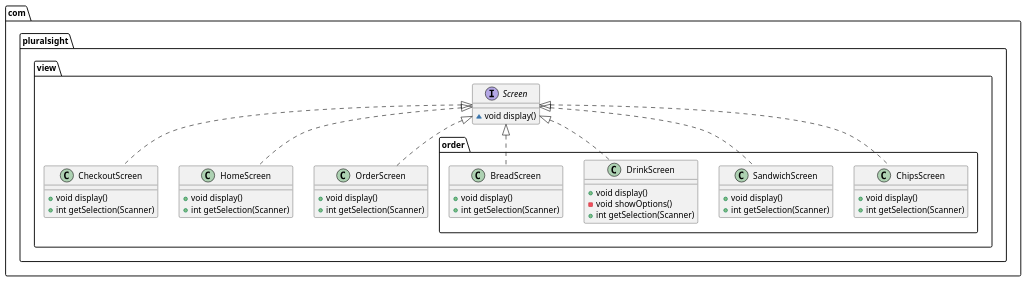
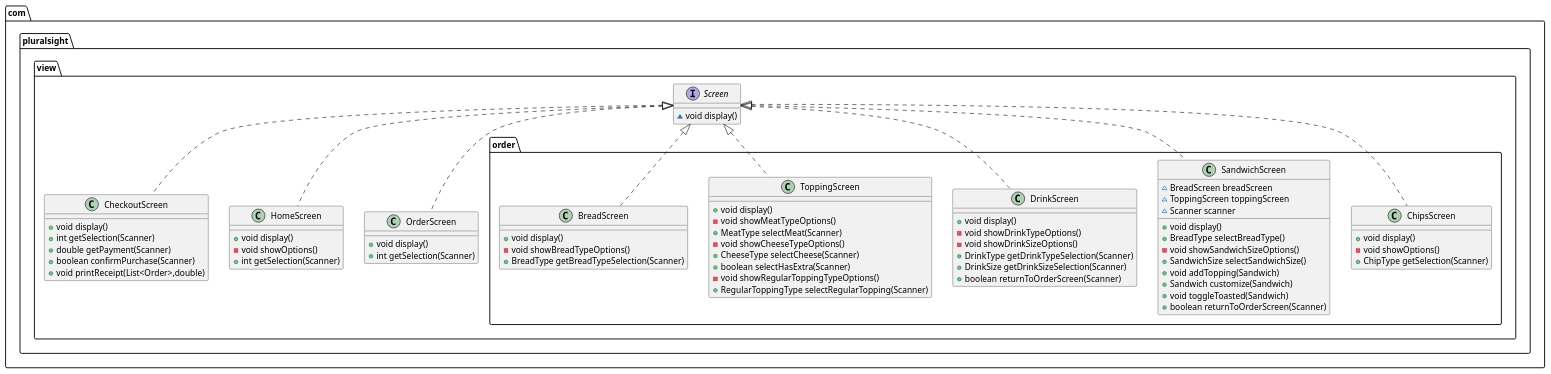
Before and after one commit to poteatc/Deli-cious: the diagram in view-diagram.puml, drawn with PlantUML. The commit also changed 33 other files, not shown here.

```diff
--- a/view-diagram.puml
+++ b/view-diagram.puml
@@ -1,51 +1,82 @@
 @startuml
 class com.pluralsight.view.order.ChipsScreen {
 + void display()
-+ int getSelection(Scanner)
+- void showOptions()
++ ChipType getSelection(Scanner)
 }
 
 class com.pluralsight.view.CheckoutScreen {
 + void display()
 + int getSelection(Scanner)
++ double getPayment(Scanner)
++ boolean confirmPurchase(Scanner)
++ void printReceipt(List<Order>,double)
 }
 
 interface com.pluralsight.view.Screen {
 ~ void display()
 }
 
 class com.pluralsight.view.order.SandwichScreen {
+~ BreadScreen breadScreen
+~ ToppingScreen toppingScreen
+~ Scanner scanner
 + void display()
-+ int getSelection(Scanner)
++ BreadType selectBreadType()
+- void showSandwichSizeOptions()
++ SandwichSize selectSandwichSize()
++ void addTopping(Sandwich)
++ Sandwich customize(Sandwich)
++ void toggleToasted(Sandwich)
++ boolean returnToOrderScreen(Scanner)
 }
+
 
 class com.pluralsight.view.HomeScreen {
 + void display()
+- void showOptions()
 + int getSelection(Scanner)
 }
 
 class com.pluralsight.view.order.DrinkScreen {
 + void display()
-- void showOptions()
-+ int getSelection(Scanner)
+- void showDrinkTypeOptions()
+- void showDrinkSizeOptions()
++ DrinkType getDrinkTypeSelection(Scanner)
++ DrinkSize getDrinkSizeSelection(Scanner)
++ boolean returnToOrderScreen(Scanner)
+}
+
+class com.pluralsight.view.order.ToppingScreen {
++ void display()
+- void showMeatTypeOptions()
++ MeatType selectMeat(Scanner)
+- void showCheeseTypeOptions()
++ CheeseType selectCheese(Scanner)
++ boolean selectHasExtra(Scanner)
+- void showRegularToppingTypeOptions()
++ RegularToppingType selectRegularTopping(Scanner)
 }
 
 class com.pluralsight.view.order.BreadScreen {
 + void display()
-+ int getSelection(Scanner)
+- void showBreadTypeOptions()
++ BreadType getBreadTypeSelection(Scanner)
 }
 
 class com.pluralsight.view.OrderScreen {
 + void display()
 + int getSelection(Scanner)
 }
 
 
 
 com.pluralsight.view.Screen <|.. com.pluralsight.view.order.ChipsScreen
 com.pluralsight.view.Screen <|.. com.pluralsight.view.CheckoutScreen
 com.pluralsight.view.Screen <|.. com.pluralsight.view.order.SandwichScreen
 com.pluralsight.view.Screen <|.. com.pluralsight.view.HomeScreen
 com.pluralsight.view.Screen <|.. com.pluralsight.view.order.DrinkScreen
+com.pluralsight.view.Screen <|.. com.pluralsight.view.order.ToppingScreen
 com.pluralsight.view.Screen <|.. com.pluralsight.view.order.BreadScreen
 com.pluralsight.view.Screen <|.. com.pluralsight.view.OrderScreen
 @enduml
```
